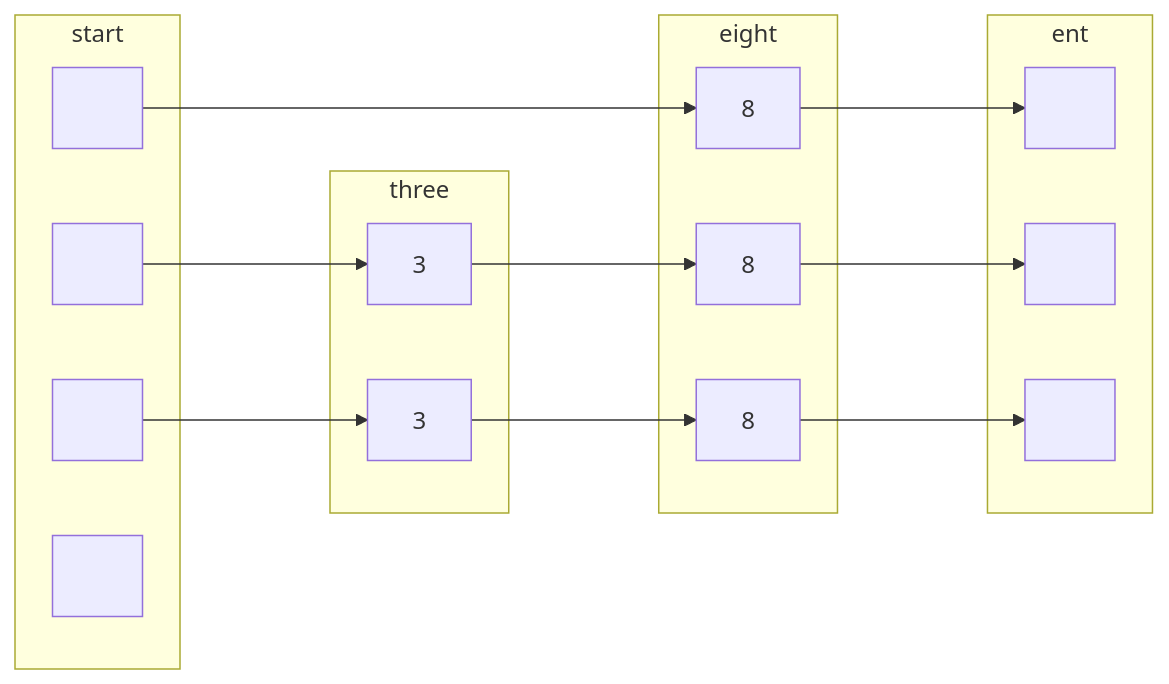
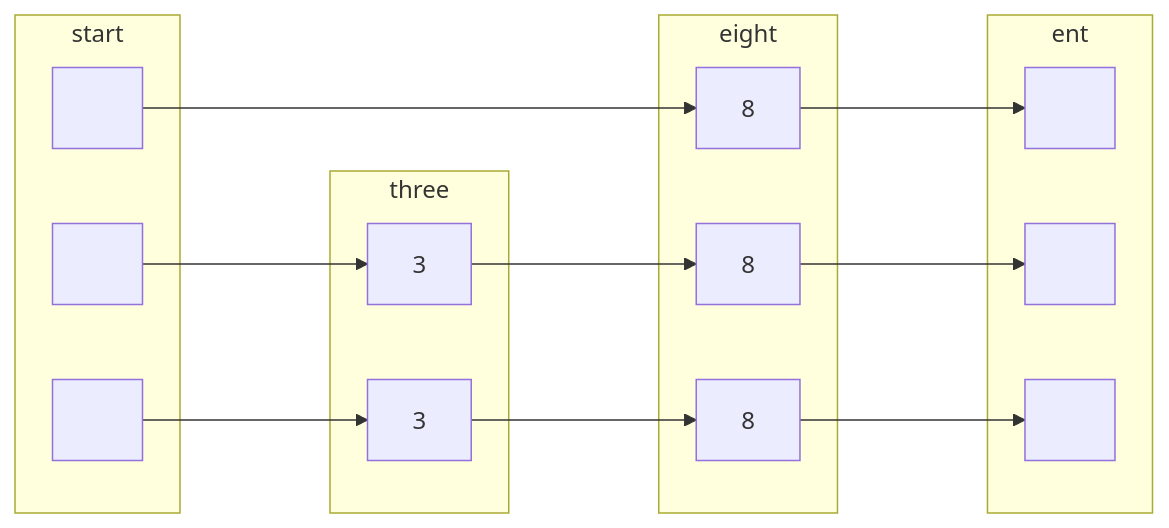
Before and after one commit to Tiggax/Zapiski: the second of 4 diagrams in 2. Letnik/Podatkovne strukture in algoritmi/vaje 24-11-2021.md, drawn with Mermaid. The commit also changed other lines of this file, not shown here.

````diff
--- a/2. Letnik/Podatkovne strukture in algoritmi/vaje 24-11-2021.md
+++ b/2. Letnik/Podatkovne strukture in algoritmi/vaje 24-11-2021.md
@@ -39,26 +39,25 @@
 ```mermaid
 graph LR
 subgraph start
 A[<br>]
 B[<br>]
 C[<br>]
-D[<br>]
 end
 subgraph three
 B1[3]
 C1[3]
 end
 subgraph eight
 A2[8]
 B2[8]
 C2[8]
 end
 subgraph ent
 A3[<br>]
 B3[<br>]
 C3[<br>]
 end
 A--->A2--->A3
 B--->B1--->B2--->B3
 C--->C1--->C2--->C3
 ```
````
